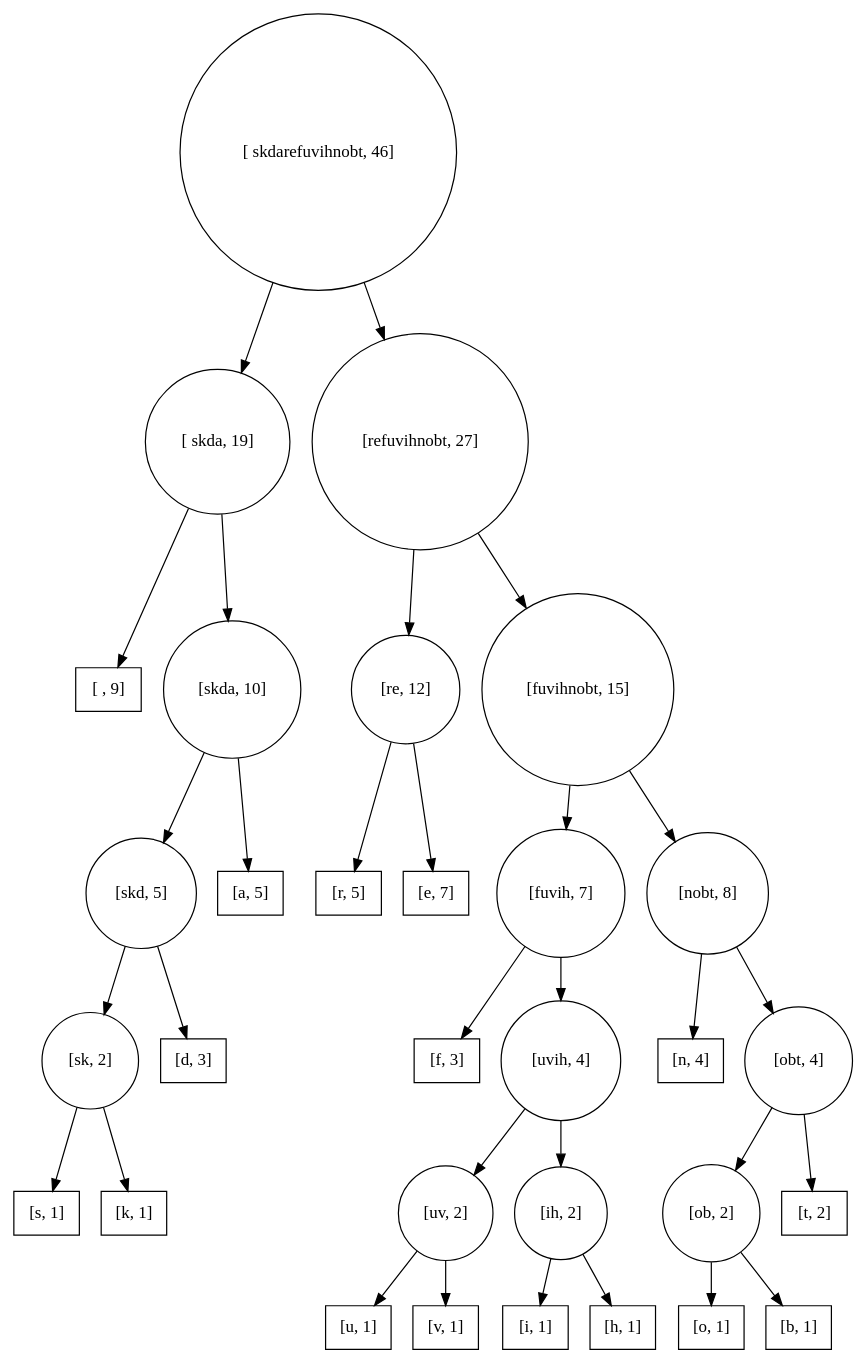
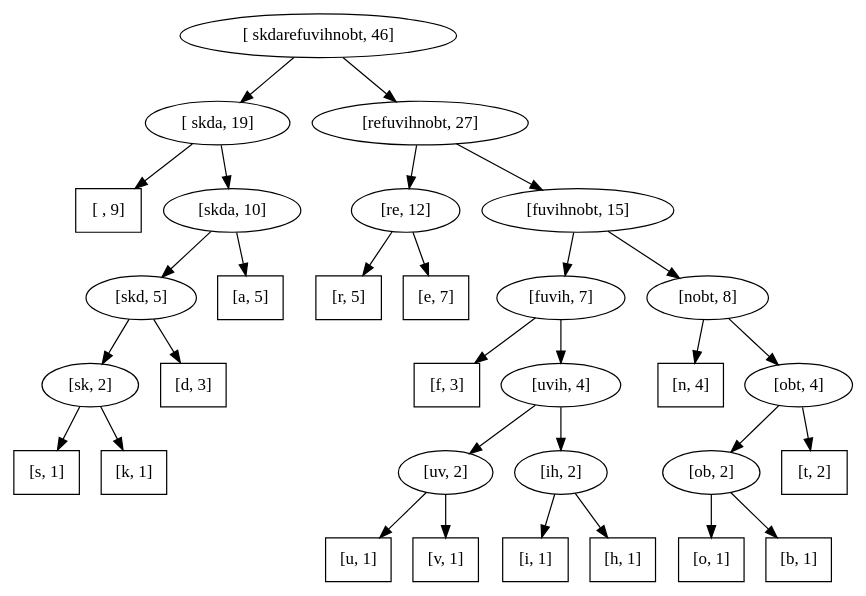
Before and after one commit to thomas-villagers/binarytree.cs: the third of 3 diagrams in README.org, drawn with Graphviz. The commit also changed other lines of this file, not shown here.

```diff
--- a/README.org
+++ b/README.org
@@ -325,50 +321,50 @@
 #+BEGIN_SRC dot :file images/tree3.png
 digraph G {
-  node[shape=rectangle];
-  "[ skdarefuvihnobt, 46]" [shape=circle];
   "[ skdarefuvihnobt, 46]" -> "[ skda, 19]"
-  "[ skda, 19]" [shape=circle];
   "[ skda, 19]" -> "[ , 9]"
+  "[ , 9]" [shape=rectangle];
   "[ skda, 19]" -> "[skda, 10]"
-  "[skda, 10]" [shape=circle];
   "[skda, 10]" -> "[skd, 5]"
-  "[skd, 5]" [shape=circle];
   "[skd, 5]" -> "[sk, 2]"
-  "[sk, 2]" [shape=circle];
   "[sk, 2]" -> "[s, 1]"
+  "[s, 1]" [shape=rectangle];
   "[sk, 2]" -> "[k, 1]"
+  "[k, 1]" [shape=rectangle];
   "[skd, 5]" -> "[d, 3]"
+  "[d, 3]" [shape=rectangle];
   "[skda, 10]" -> "[a, 5]"
+  "[a, 5]" [shape=rectangle];
   "[ skdarefuvihnobt, 46]" -> "[refuvihnobt, 27]"
-  "[refuvihnobt, 27]" [shape=circle];
   "[refuvihnobt, 27]" -> "[re, 12]"
-  "[re, 12]" [shape=circle];
   "[re, 12]" -> "[r, 5]"
+  "[r, 5]" [shape=rectangle];
   "[re, 12]" -> "[e, 7]"
+  "[e, 7]" [shape=rectangle];
   "[refuvihnobt, 27]" -> "[fuvihnobt, 15]"
-  "[fuvihnobt, 15]" [shape=circle];
   "[fuvihnobt, 15]" -> "[fuvih, 7]"
-  "[fuvih, 7]" [shape=circle];
   "[fuvih, 7]" -> "[f, 3]"
+  "[f, 3]" [shape=rectangle];
   "[fuvih, 7]" -> "[uvih, 4]"
-  "[uvih, 4]" [shape=circle];
   "[uvih, 4]" -> "[uv, 2]"
-  "[uv, 2]" [shape=circle];
   "[uv, 2]" -> "[u, 1]"
+  "[u, 1]" [shape=rectangle];
   "[uv, 2]" -> "[v, 1]"
+  "[v, 1]" [shape=rectangle];
   "[uvih, 4]" -> "[ih, 2]"
-  "[ih, 2]" [shape=circle];
   "[ih, 2]" -> "[i, 1]"
+  "[i, 1]" [shape=rectangle];
   "[ih, 2]" -> "[h, 1]"
+  "[h, 1]" [shape=rectangle];
   "[fuvihnobt, 15]" -> "[nobt, 8]"
-  "[nobt, 8]" [shape=circle];
   "[nobt, 8]" -> "[n, 4]"
+  "[n, 4]" [shape=rectangle];
   "[nobt, 8]" -> "[obt, 4]"
-  "[obt, 4]" [shape=circle];
   "[obt, 4]" -> "[ob, 2]"
-  "[ob, 2]" [shape=circle];
   "[ob, 2]" -> "[o, 1]"
+  "[o, 1]" [shape=rectangle];
   "[ob, 2]" -> "[b, 1]"
+  "[b, 1]" [shape=rectangle];
   "[obt, 4]" -> "[t, 2]"
+  "[t, 2]" [shape=rectangle];
 }
 #+END_SRC
```
